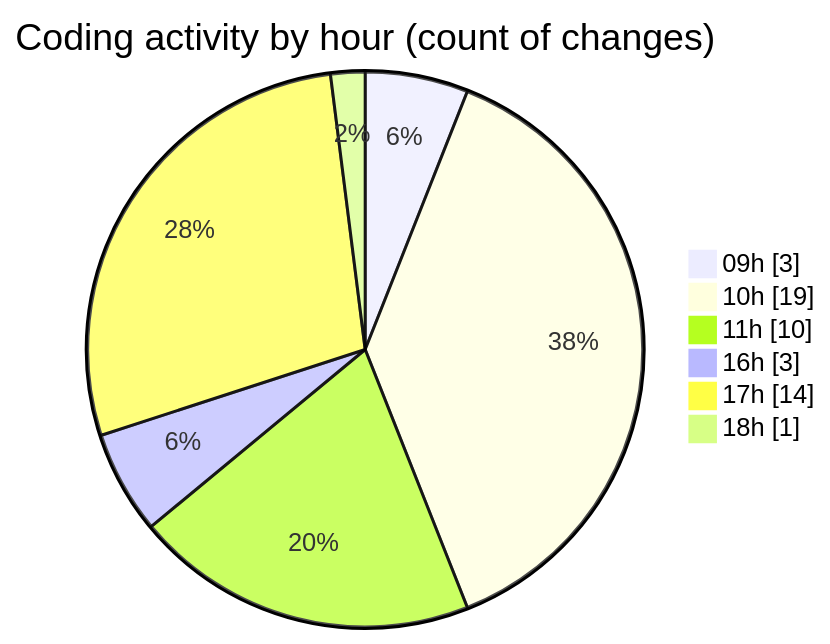
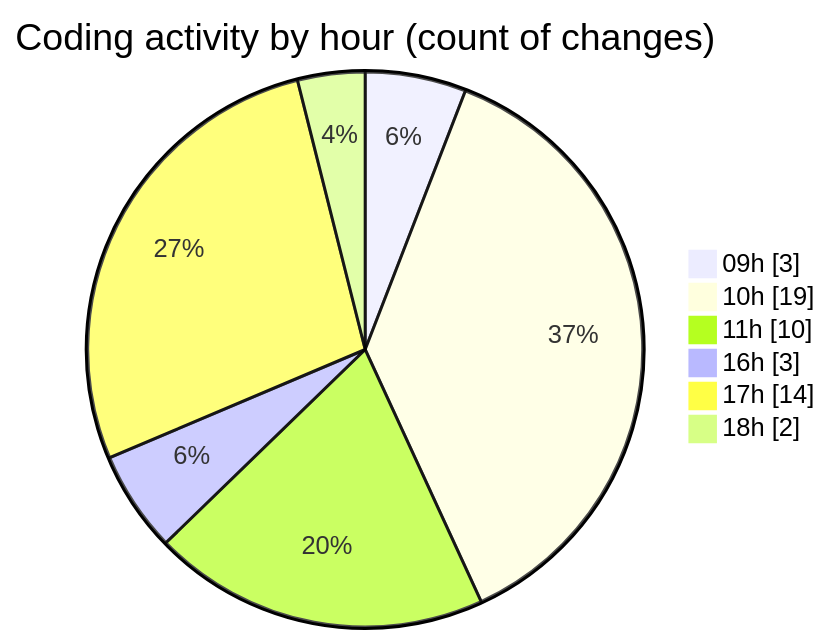
One commit to momahboobian/code-tracking changed the second of 2 diagrams in 2025-08-08/cda/README.md. Above: the diagram before and after it, drawn with Mermaid. The commit also changed other lines of this file and 1 other file, not shown here.

````diff
--- a/2025-08-08/cda/README.md
+++ b/2025-08-08/cda/README.md
@@ -35,10 +35,10 @@
 ```mermaid
 pie showData
 title Coding activity by hour (count of changes)
 "09h" : 3
 "10h" : 19
 "11h" : 10
 "16h" : 3
 "17h" : 14
-"18h" : 1
+"18h" : 2
 ```
````
